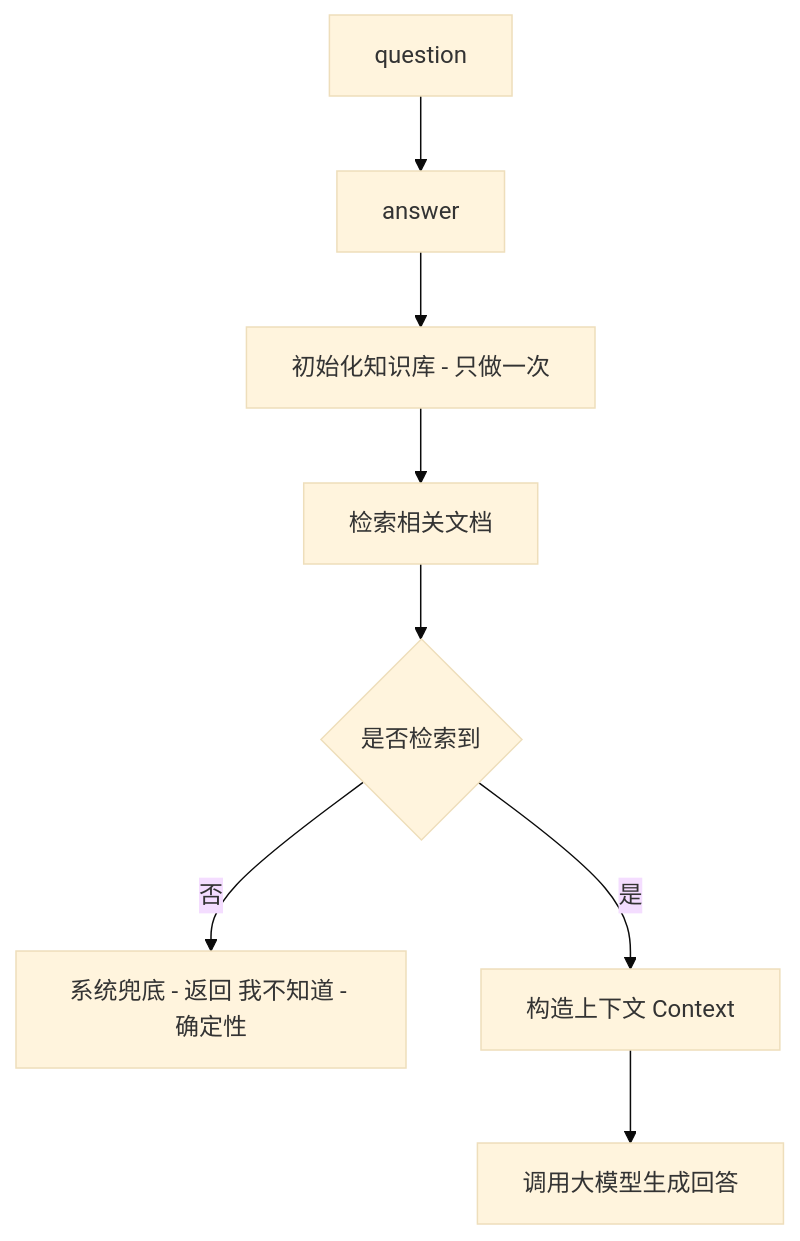
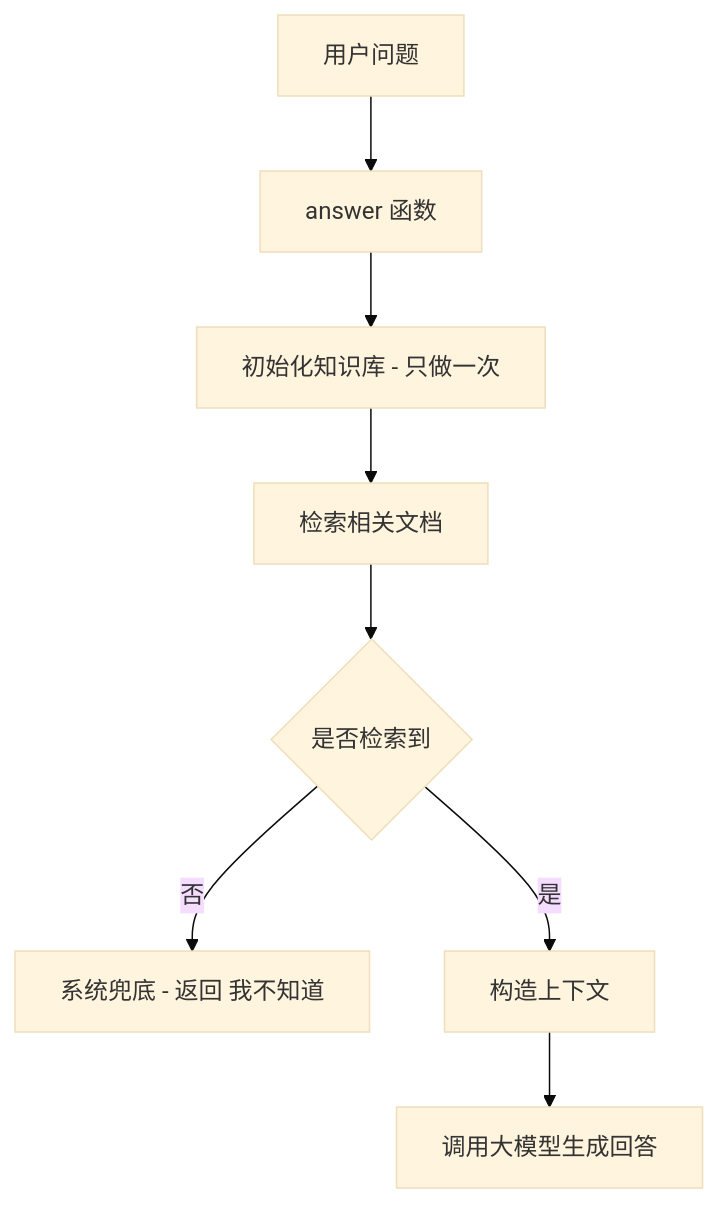
One commit to aaaaaajie/AI-study changed the diagram in src/RAG/day4/index.md. Above: the diagram before and after it, drawn with Mermaid (base theme). The commit also changed 1 other file, not shown here.

Commit message:
fix: 修复流程图渲染

````diff
--- a/src/RAG/day4/index.md
+++ b/src/RAG/day4/index.md
@@ -29,10 +29,10 @@
 ```mermaid
-flowchart TB
-	U["question"] --> Q["answer"]
-	Q --> I["初始化知识库 - 只做一次"]
-	I --> R["检索相关文档"]
-	R --> G{"是否检索到"}
-	G -- "否" --> F["系统兜底 - 返回 我不知道 - 确定性"]
-	G -- "是" --> C["构造上下文 Context"]
-	C --> L["调用大模型生成回答"]
+graph TB
+  question["用户问题"] --> answer["answer 函数"]
+  answer --> initKnowledgeBase["初始化知识库 - 只做一次"]
+  initKnowledgeBase --> retrieve["检索相关文档"]
+  retrieve --> hit{"是否检索到"}
+  hit -- "否" --> fallback["系统兜底 - 返回 我不知道"]
+  hit -- "是" --> buildContext["构造上下文"]
+  buildContext --> llmInvoke["调用大模型生成回答"]
 ```
````
